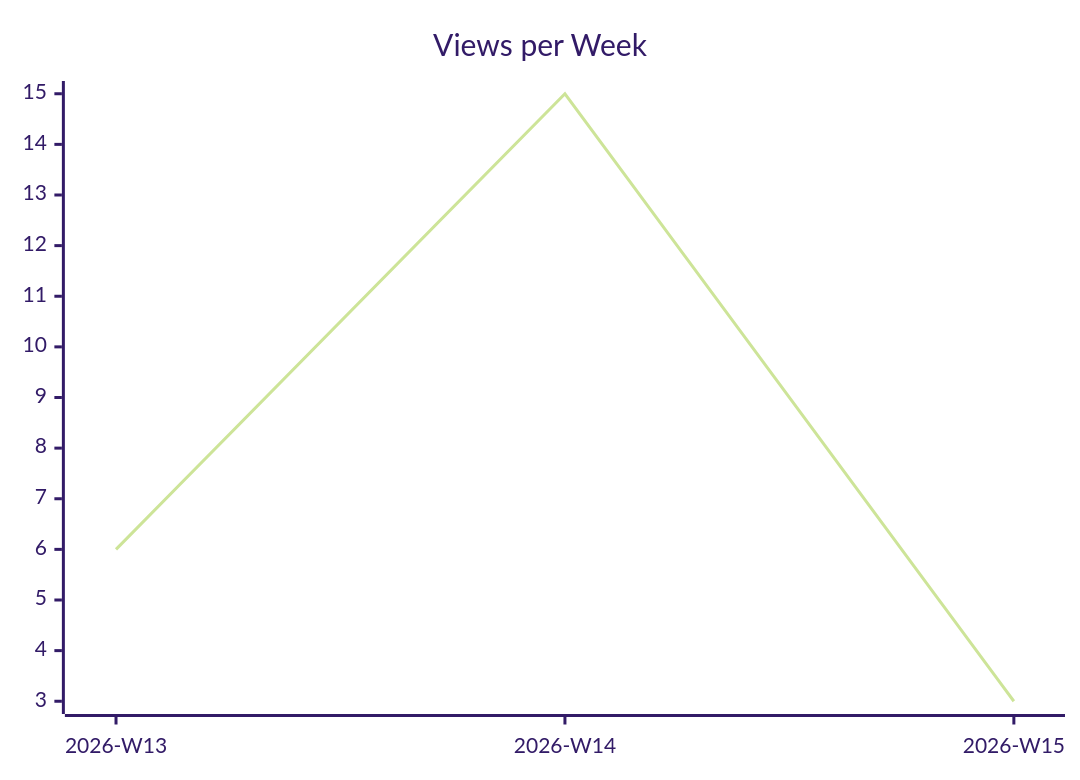
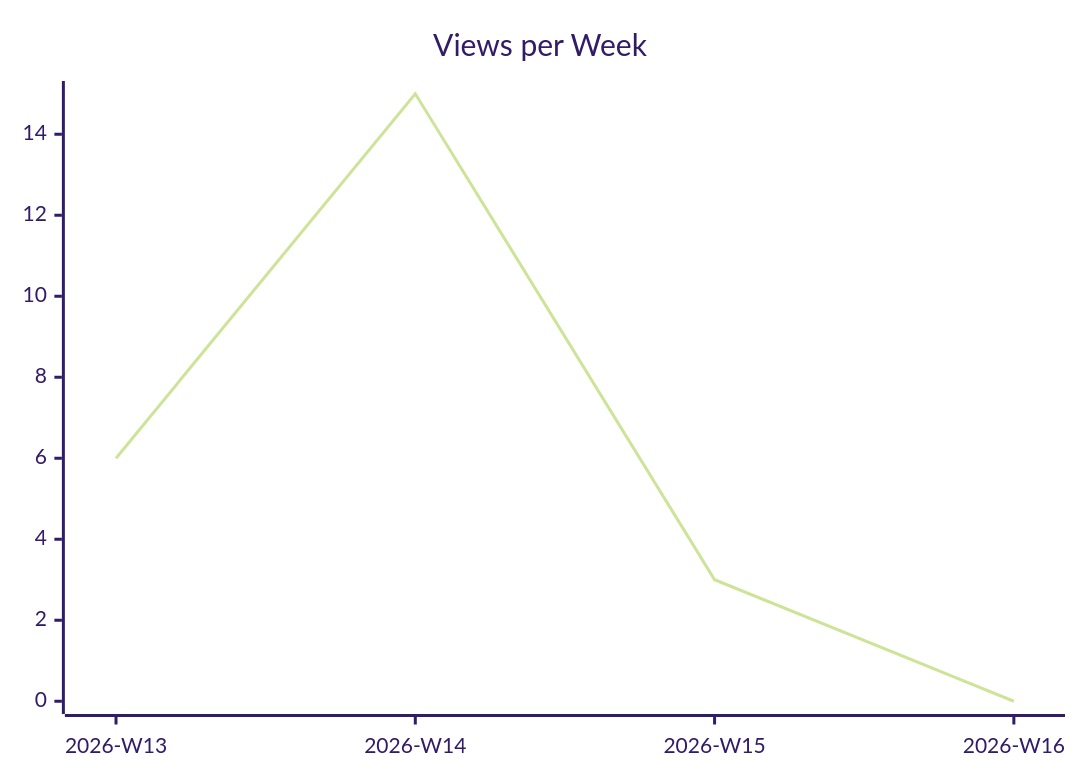
The second of 3 diagrams in karlmdavis/ksoap2-android/README.md (justdavis-family/github-analytics-data), drawn with Mermaid (forest theme) before and after one commit. The commit also changed other lines of this file and 176 other files, not shown here.

````diff
--- a/karlmdavis/ksoap2-android/README.md
+++ b/karlmdavis/ksoap2-android/README.md
@@ -12,6 +12,6 @@
 ```mermaid
 xychart-beta
   title "Views per Week"
-  x-axis ["2026-W13", "2026-W14", "2026-W15"]
-  line [6, 15, 3]
+  x-axis ["2026-W13", "2026-W14", "2026-W15", "2026-W16"]
+  line [6, 15, 3, 0]
 ```
````
